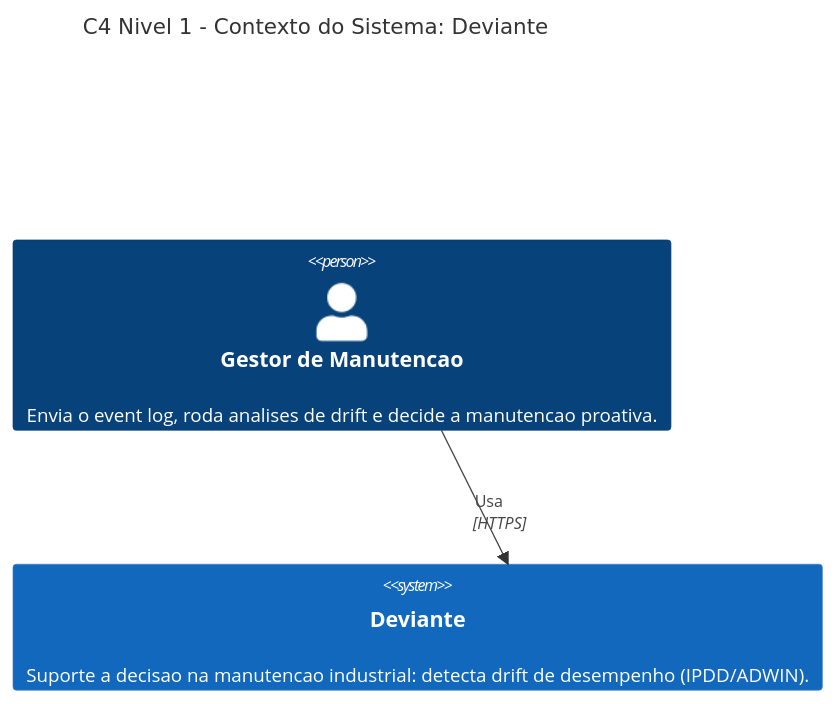
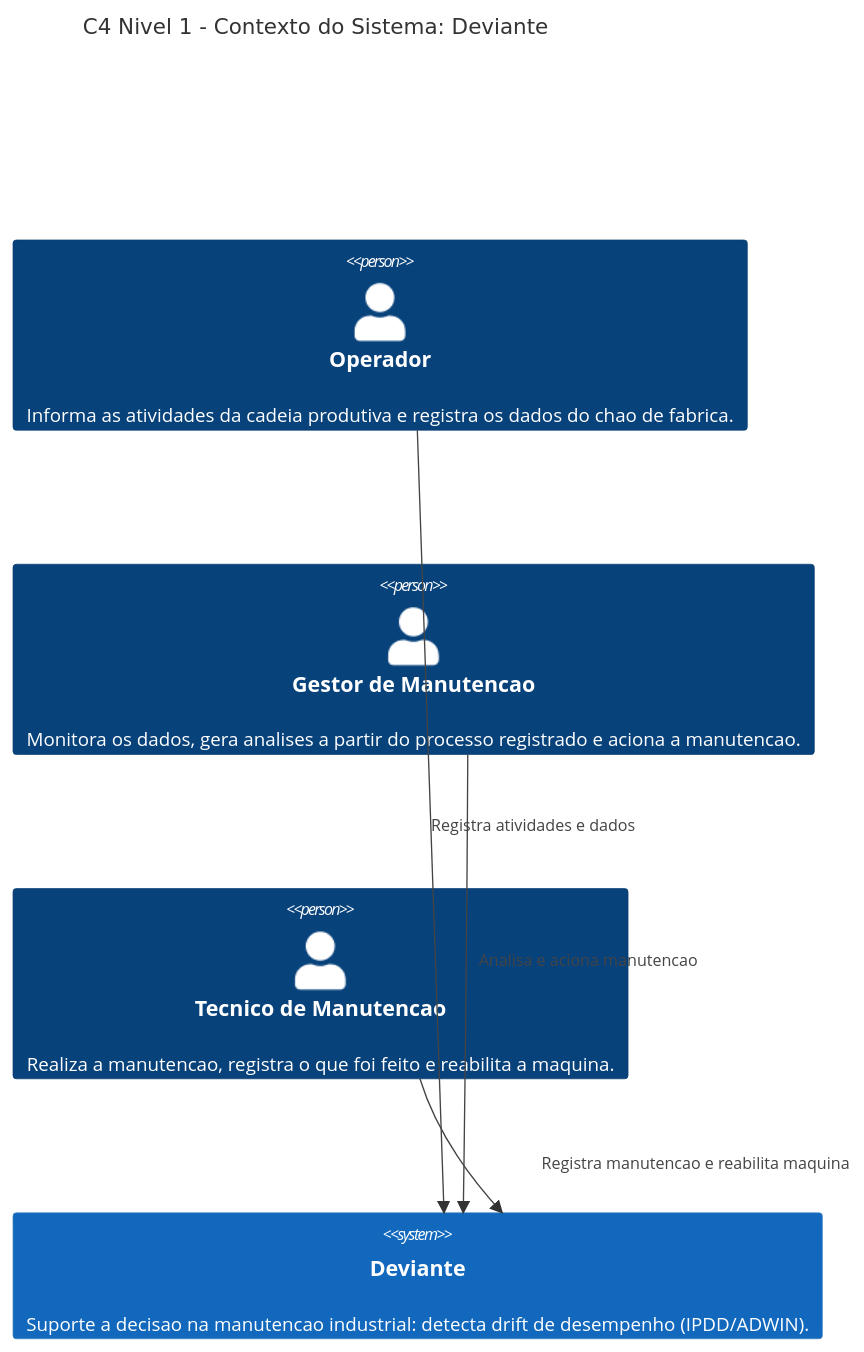
Before and after one commit to aland3r/deviante-docs: the diagram in architecture/c4/level 1.mmd, drawn with Mermaid. The commit also changed 2 other files, not shown here.

Commit message:
Atores: Operador, Gestor e Técnico de manutenção no C4 (níveis 1 e 2), contexto e stakeholders
Claude-Session: https://claude.ai/code/session_01AmE5KfE7b9iNvkkPZemtYe

```diff
--- a/architecture/c4/level 1.mmd
+++ b/architecture/c4/level 1.mmd
@@ -1,9 +1,16 @@
 C4Context
     title C4 Nivel 1 - Contexto do Sistema: Deviante
 
-    Person(gestor, "Gestor de Manutencao", "Envia o event log, roda analises de drift e decide a manutencao proativa.")
+    Person(operador, "Operador", "Informa as atividades da cadeia produtiva e registra os dados do chao de fabrica.")
+    Person(gestor, "Gestor de Manutencao", "Monitora os dados, gera analises a partir do processo registrado e aciona a manutencao.")
+    Person(tecnico, "Tecnico de Manutencao", "Realiza a manutencao, registra o que foi feito e reabilita a maquina.")
     System(deviante, "Deviante", "Suporte a decisao na manutencao industrial: detecta drift de desempenho (IPDD/ADWIN).")
 
-    Rel(gestor, deviante, "Usa", "HTTPS")
+    Rel(operador, deviante, "Registra atividades e dados")
+    Rel(gestor, deviante, "Analisa e aciona manutencao")
+    Rel(tecnico, deviante, "Registra manutencao e reabilita maquina")
 
-    UpdateLayoutConfig($c4ShapeInRow="1", $c4BoundaryInRow="1")
+    UpdateRelStyle(gestor, deviante, $offsetX="10", $offsetY="-20")
+    UpdateRelStyle(tecnico, deviante, $offsetX="60", $offsetY="10")
+
+    UpdateLayoutConfig($c4ShapeInRow="3", $c4BoundaryInRow="1")
```
